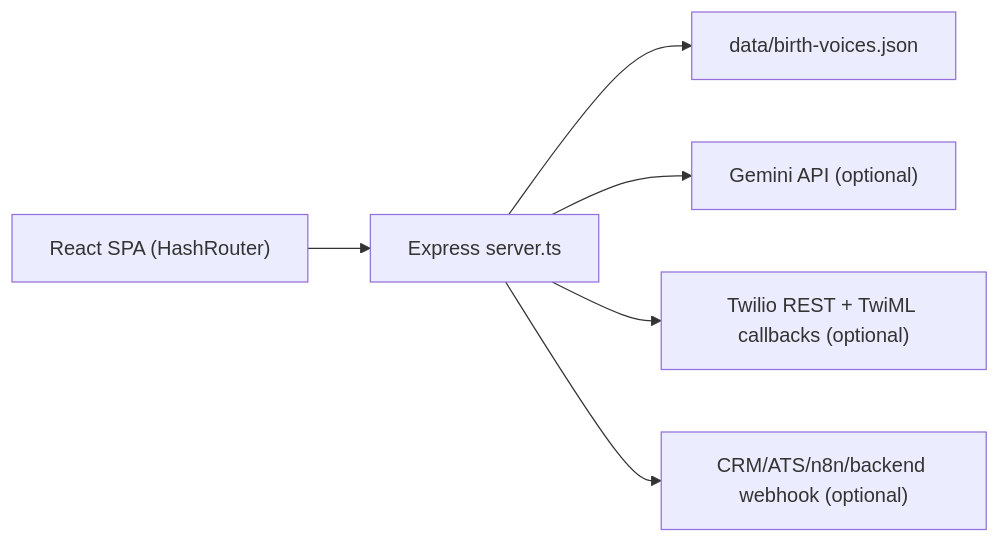
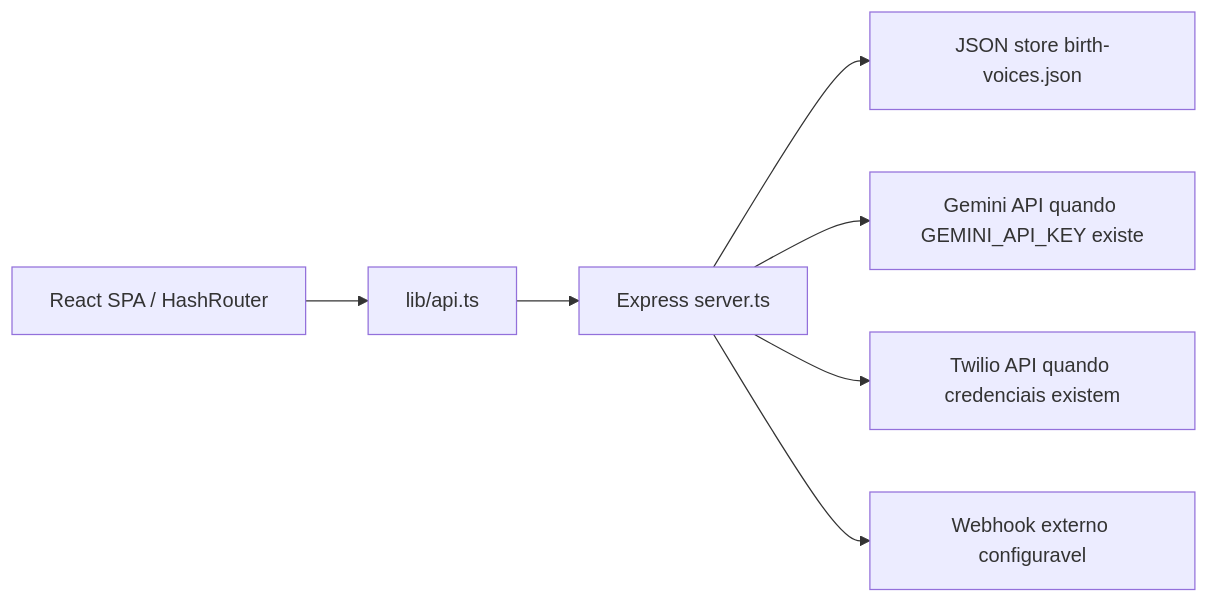
The diagram in docs/qa/architecture-map.md (MaarksN/BIRTH-VOICES-HUB), drawn with Mermaid before and after one commit. The commit also changed other lines of this file and 21 other files, not shown here.

````diff
--- a/docs/qa/architecture-map.md
+++ b/docs/qa/architecture-map.md
@@ -7,8 +7,9 @@
 ```mermaid
 flowchart LR
-  Browser["React SPA (HashRouter)"] --> API["Express server.ts"]
-  API --> JSON["data/birth-voices.json"]
-  API --> Gemini["Gemini API (optional)"]
-  API --> Twilio["Twilio REST + TwiML callbacks (optional)"]
-  API --> Webhook["CRM/ATS/n8n/backend webhook (optional)"]
+  Browser["React SPA / HashRouter"] --> ApiClient["lib/api.ts"]
+  ApiClient --> Express["Express server.ts"]
+  Express --> JsonStore["JSON store birth-voices.json"]
+  Express --> Gemini["Gemini API quando GEMINI_API_KEY existe"]
+  Express --> Twilio["Twilio API quando credenciais existem"]
+  Express --> Webhook["Webhook externo configuravel"]
 ```
````
